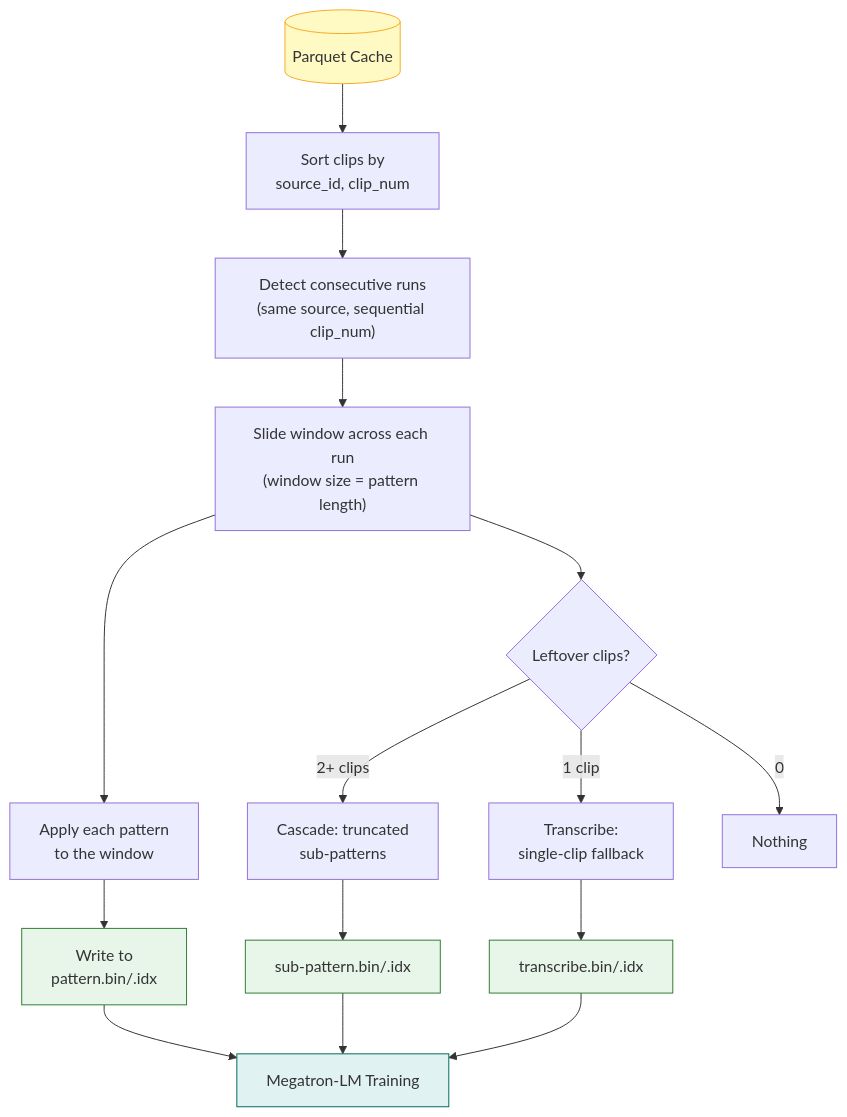
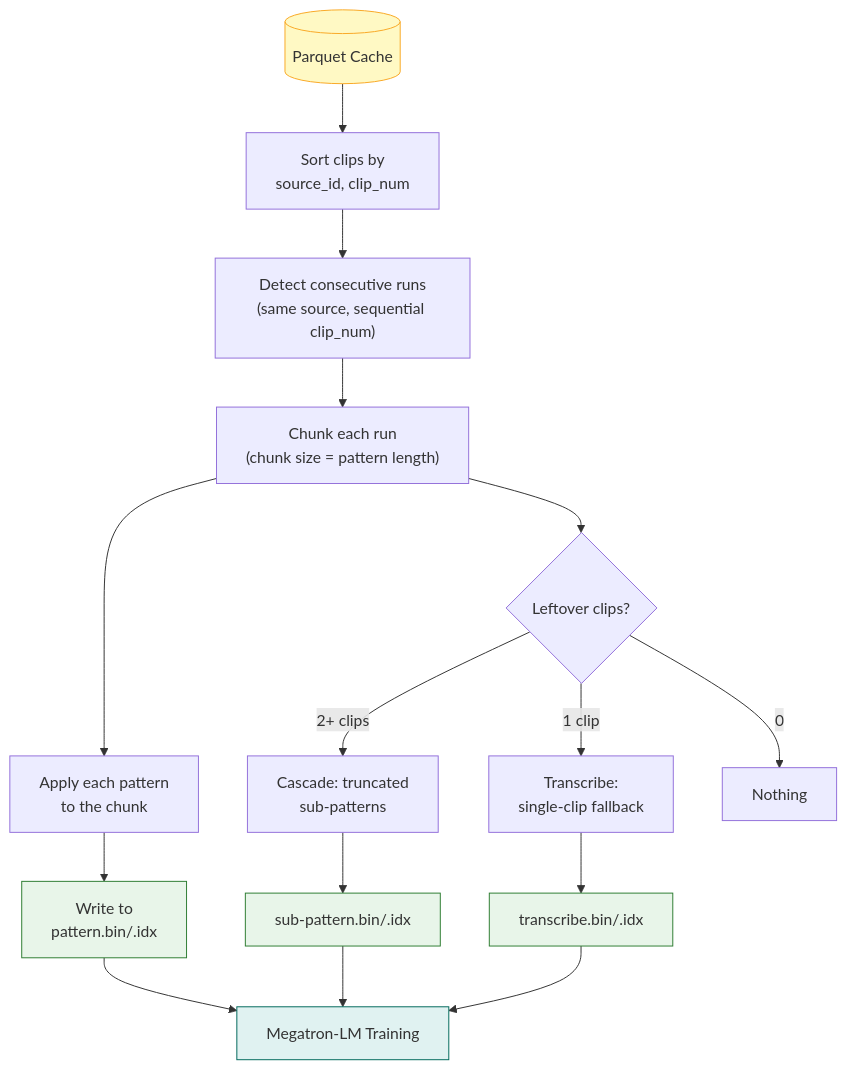
The sixth of 7 diagrams in audio_tokenization/README.md (swiss-ai/reality-gap), drawn with Mermaid before and after one commit. The commit also changed other lines of this file and 154 other files, not shown here.

Commit message:
shar_to_parquet: align schema with batch_tok prepare_parquet_to_shar.py

````diff
--- a/audio_tokenization/README.md
+++ b/audio_tokenization/README.md
@@ -302,28 +302,28 @@
 ```mermaid
 flowchart TD
     PQ[("Parquet Cache")] --> SORT["Sort clips by<br>source_id, clip_num"]
     SORT --> DETECT["Detect consecutive runs<br>(same source, sequential clip_num)"]
-    DETECT --> SLIDE["Slide window across each run<br>(window size = pattern length)"]
+    DETECT --> CHUNK["Chunk each run<br>(chunk size = pattern length)"]
 
-    SLIDE --> APPLY["Apply each pattern<br>to the window"]
+    CHUNK --> APPLY["Apply each pattern<br>to the chunk"]
     APPLY --> WRITE["Write to<br>pattern.bin/.idx"]
 
-    SLIDE --> REM{"Leftover clips?"}
+    CHUNK --> REM{"Leftover clips?"}
     REM -->|"2+ clips"| CASCADE["Cascade: truncated<br>sub-patterns"]
     REM -->|"1 clip"| TRANSCRIBE["Transcribe:<br>single-clip fallback"]
     REM -->|"0"| NONE["Nothing"]
 
     CASCADE --> WRITE_C["sub-pattern.bin/.idx"]
     TRANSCRIBE --> WRITE_T["transcribe.bin/.idx"]
 
     WRITE & WRITE_C & WRITE_T --> TRAIN["Megatron-LM Training"]
 
-    click PQ href "https://github.com/swiss-ai/benchmark-audio-tokenizer/blob/batch_tok/audio_tokenization/utils/build_interleaved_indexed.py"
-    click DETECT href "https://github.com/swiss-ai/benchmark-audio-tokenizer/blob/batch_tok/audio_tokenization/utils/build_interleaved_indexed.py"
+    click PQ href "https://github.com/swiss-ai/benchmark-audio-tokenizer/blob/batch_tok/audio_tokenization/interleave/shift_by_one.py"
+    click DETECT href "https://github.com/swiss-ai/benchmark-audio-tokenizer/blob/batch_tok/audio_tokenization/interleave/shift_by_one.py"
 
     style PQ fill:#fff9c4,stroke:#F9A825
     style WRITE fill:#e8f5e9,stroke:#2E7D32
     style WRITE_C fill:#e8f5e9,stroke:#2E7D32
     style WRITE_T fill:#e8f5e9,stroke:#2E7D32
     style TRAIN fill:#e0f2f1,stroke:#00695C
 ```
````
